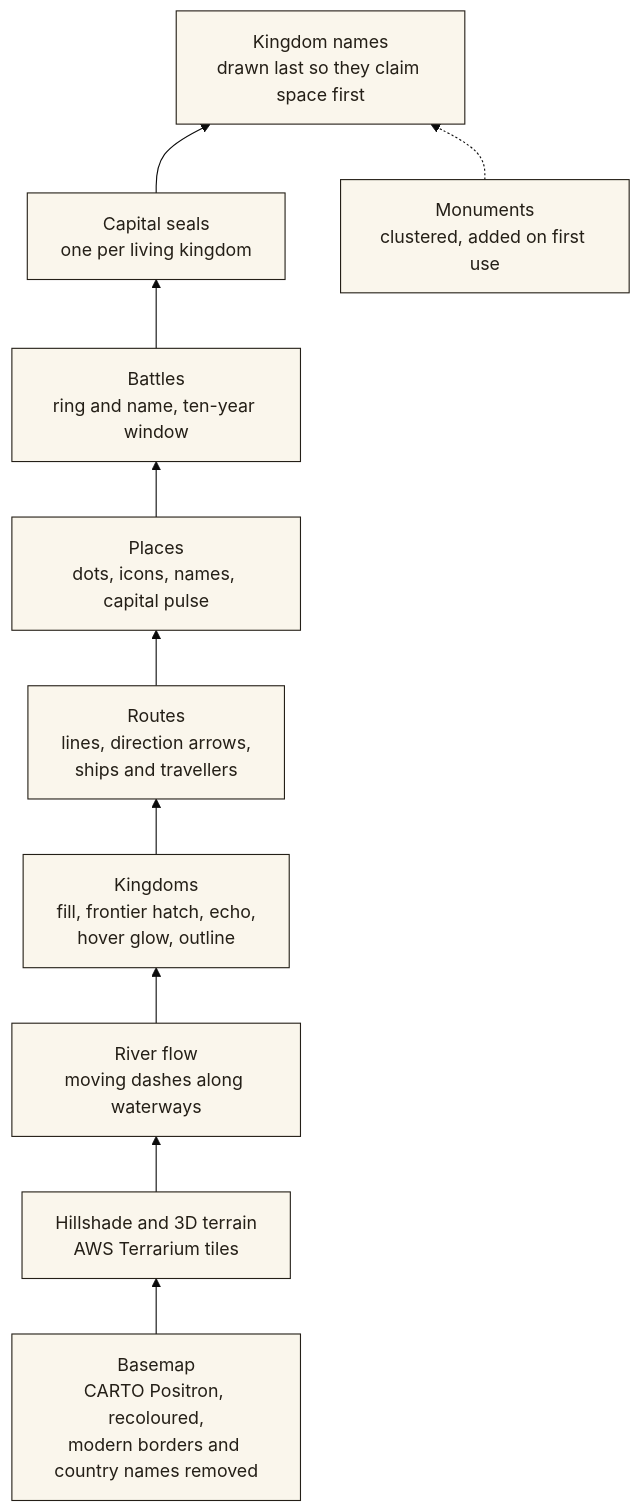
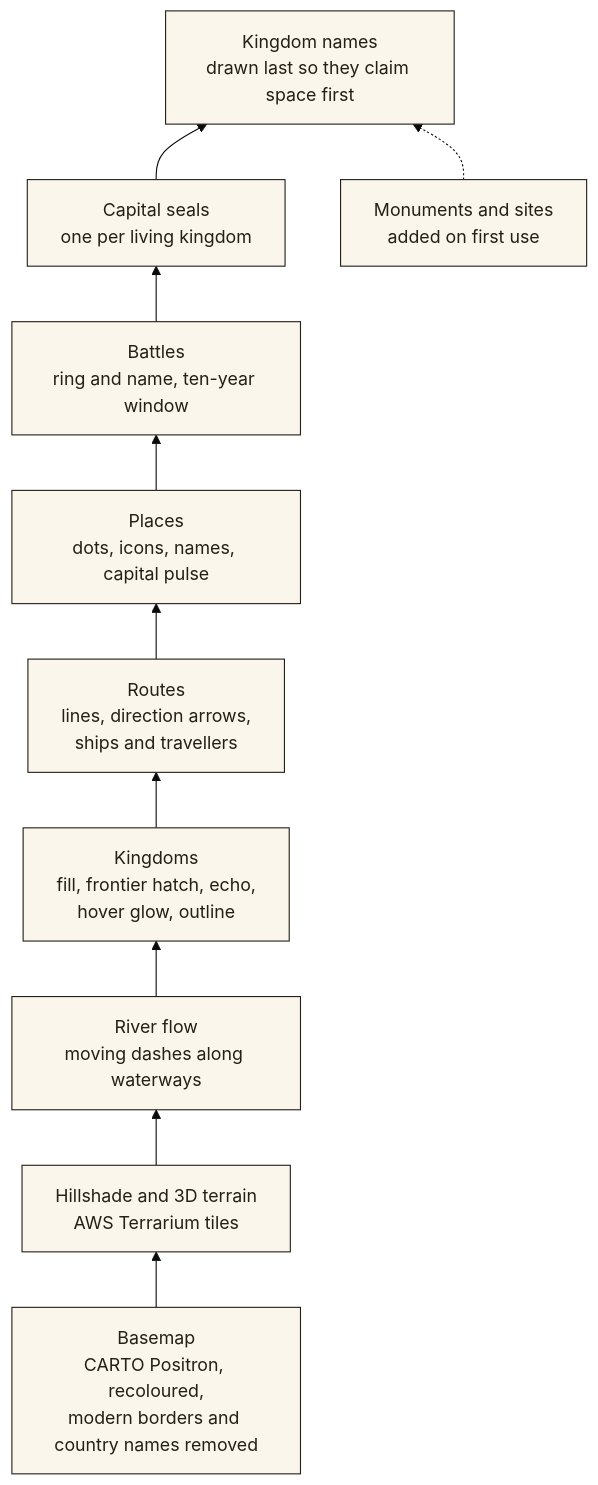
The third of 7 diagrams in docs/ARCHITECTURE.md (varunaditya27/BHAARATA), drawn with Mermaid (base theme) before and after one commit. The commit also changed other lines of this file and 4 other files, not shown here.

````diff
--- a/docs/ARCHITECTURE.md
+++ b/docs/ARCHITECTURE.md
@@ -149,15 +149,15 @@
 ```mermaid
 flowchart BT
     A["Basemap<br/>CARTO Positron, recoloured,<br/>modern borders and country names removed"] --> B["Hillshade and 3D terrain<br/>AWS Terrarium tiles"]
     B --> C["River flow<br/>moving dashes along waterways"]
     C --> D["Kingdoms<br/>fill, frontier hatch, echo,<br/>hover glow, outline"]
     D --> E["Routes<br/>lines, direction arrows,<br/>ships and travellers"]
     E --> F["Places<br/>dots, icons, names, capital pulse"]
     F --> G["Battles<br/>ring and name, ten-year window"]
     G --> H["Capital seals<br/>one per living kingdom"]
     H --> I["Kingdom names<br/>drawn last so they claim space first"]
-    J["Monuments<br/>clustered, added on first use"] -.-> I
+    J["Monuments and sites<br/>added on first use"] -.-> I
 
     classDef node fill:#faf6ec,stroke:#241f17,color:#241f17;
     class A,B,C,D,E,F,G,H,I,J node;
 ```
````
